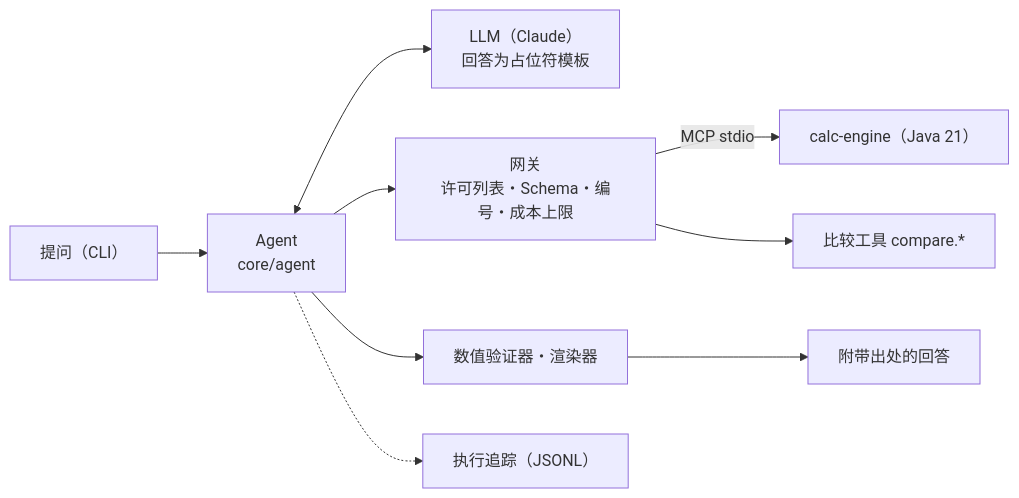
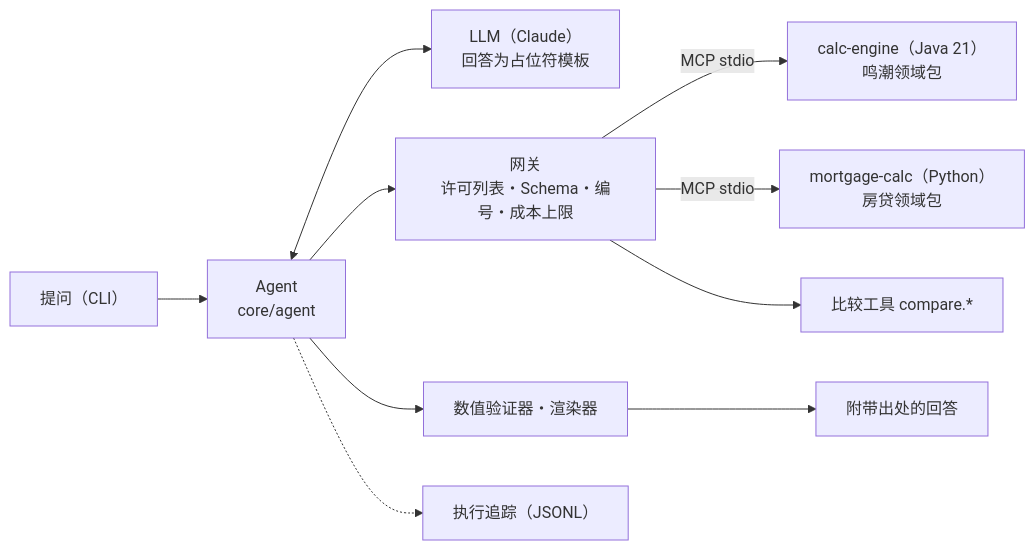
One commit to hexinlong9981/echolab changed the diagram in README.zh-CN.md. Above: the diagram before and after it, drawn with Mermaid. The commit also changed other lines of this file and 41 other files, not shown here.

````diff
--- a/README.zh-CN.md
+++ b/README.zh-CN.md
@@ -41,11 +41,12 @@
 ```mermaid
 flowchart LR
   Q["提问（CLI）"] --> A["Agent<br/>core/agent"]
   A <--> L["LLM（Claude）<br/>回答为占位符模板"]
   A --> G["网关<br/>许可列表・Schema・编号・成本上限"]
-  G -->|MCP stdio| J["calc-engine（Java 21）"]
+  G -->|MCP stdio| J["calc-engine（Java 21）<br/>鸣潮领域包"]
+  G -->|MCP stdio| M["mortgage-calc（Python）<br/>房贷领域包"]
   G --> K["比较工具 compare.*"]
   A --> V["数值验证器・渲染器"]
   V --> R["附带出处的回答"]
   A -.-> T["执行追踪（JSONL）"]
 ```
````
